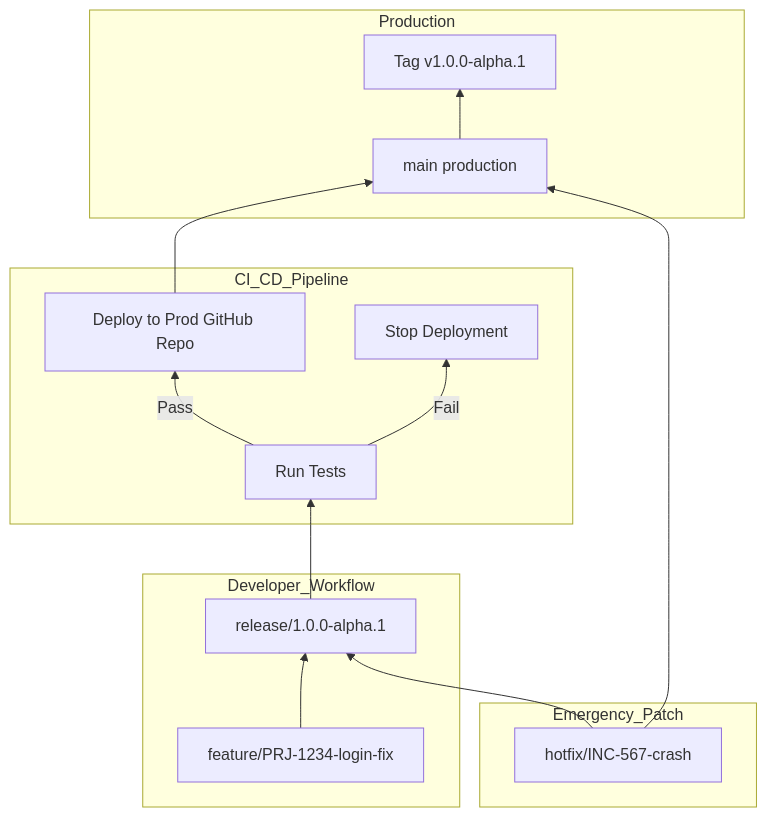
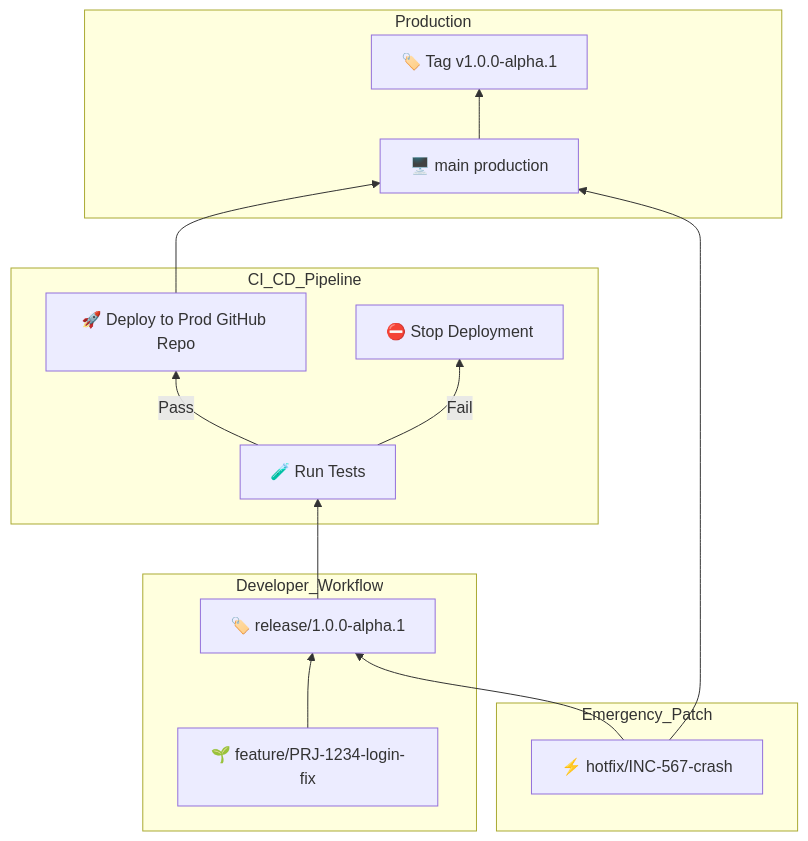
Before and after one commit to The-Mikest-Mike/CI-CD: the diagram in README.md, drawn with Mermaid. The commit also changed other lines of this file, not shown here.

Commit message:
add icons to mermaid chart

````diff
--- a/README.md
+++ b/README.md
@@ -83,23 +83,23 @@
 ```mermaid
 flowchart BT
 
   subgraph Developer_Workflow
-    A1[feature/PRJ-1234-login-fix] --> B1[release/1.0.0-alpha.1]
+    A1["🌱 feature/PRJ-1234-login-fix"] --> B1["🏷️ release/1.0.0-alpha.1"]
   end
 
   subgraph CI_CD_Pipeline
-    B1 --> C1[Run Tests]
-    C1 -->|Pass| D1[Deploy to Prod GitHub Repo]
-    C1 -->|Fail| E1[Stop Deployment]
+    B1 --> C1["🧪 Run Tests"]
+    C1 -->|Pass| D1["🚀 Deploy to Prod GitHub Repo"]
+    C1 -->|Fail| E1["⛔ Stop Deployment"]
   end
 
   subgraph Production
-    D1 --> F1["main production"]
-    F1 --> G1[Tag v1.0.0-alpha.1]
+    D1 --> F1["🖥️ main production"]
+    F1 --> G1["🏷️ Tag v1.0.0-alpha.1"]
   end
 
   subgraph Emergency_Patch
-    H1[hotfix/INC-567-crash] --> F1
+    H1["⚡ hotfix/INC-567-crash"] --> F1
     H1 --> B1
   end
 ```
````
